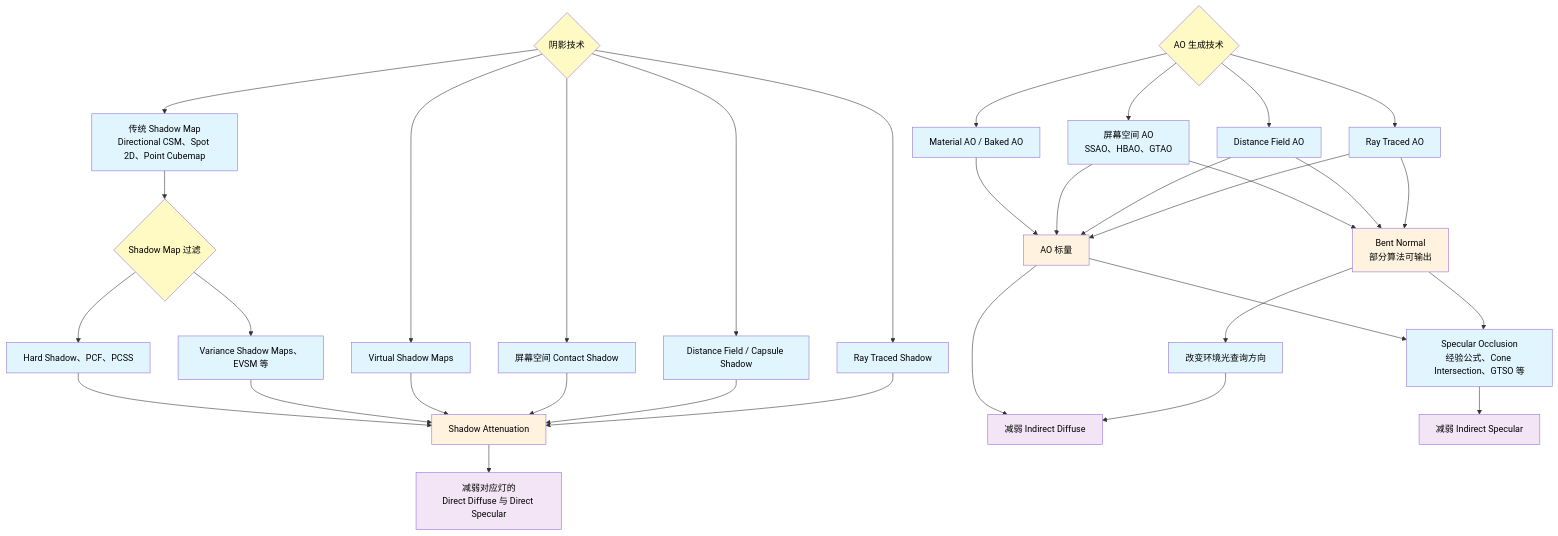
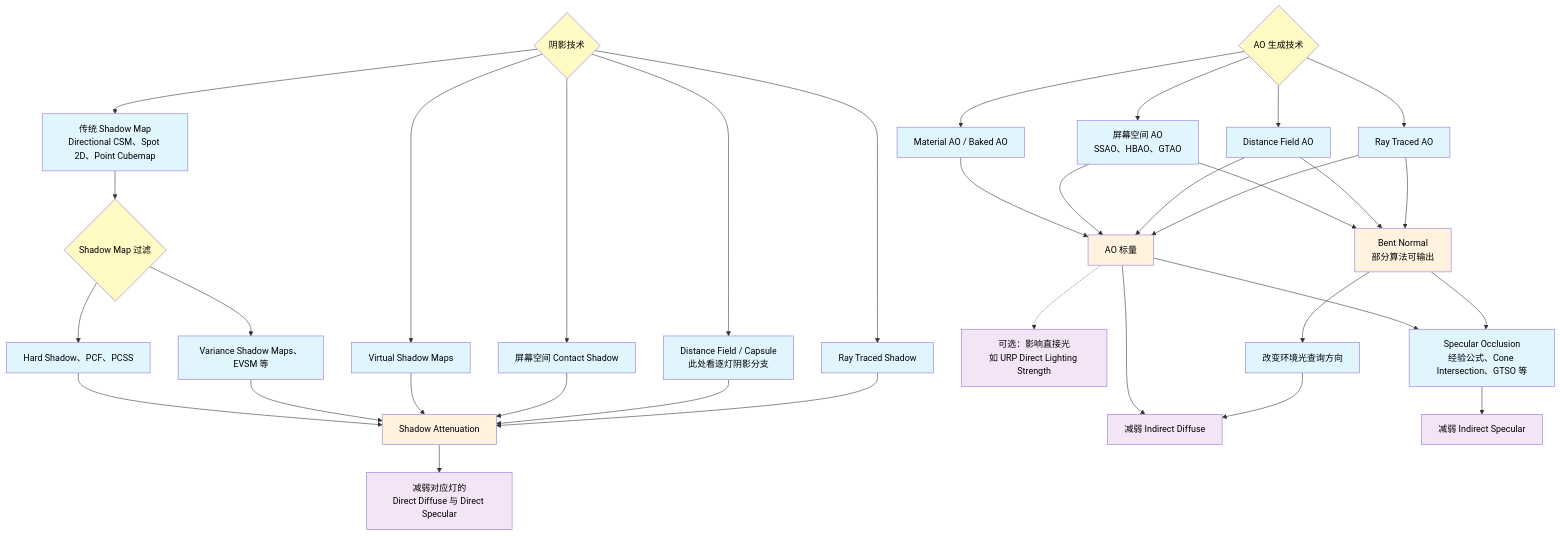
The eighth of 10 diagrams in content/posts/游戏光照统一框架：从光传输方程到实时实现/index.md (mr0ptimist/mr0ptimist.github.io), drawn with Mermaid before and after one commit. The commit also changed other lines of this file and 2 other files, not shown here.

````diff
--- a/content/posts/游戏光照统一框架：从光传输方程到实时实现/index.md
+++ b/content/posts/游戏光照统一框架：从光传输方程到实时实现/index.md
@@ -512,46 +515,47 @@
 ```mermaid
 flowchart TD
     S{"阴影技术"}
     S --> S1["传统 Shadow Map<br/>Directional CSM、Spot 2D、Point Cubemap"]
     S1 --> S2{"Shadow Map 过滤"}
     S2 --> S21["Hard Shadow、PCF、PCSS"]
     S2 --> S22["Variance Shadow Maps、EVSM 等"]
     S --> S3["Virtual Shadow Maps"]
     S --> S4["屏幕空间 Contact Shadow"]
-    S --> S5["Distance Field / Capsule Shadow"]
+    S --> S5["Distance Field / Capsule<br/>此处看逐灯阴影分支"]
     S --> S6["Ray Traced Shadow"]
     S21 --> SA["Shadow Attenuation"]
     S22 --> SA
     S3 --> SA
     S4 --> SA
     S5 --> SA
     S6 --> SA
     SA --> SD["减弱对应灯的<br/>Direct Diffuse 与 Direct Specular"]
 
     A{"AO 生成技术"}
     A --> A1["Material AO / Baked AO"]
     A --> A2["屏幕空间 AO<br/>SSAO、HBAO、GTAO"]
     A --> A3["Distance Field AO"]
     A --> A4["Ray Traced AO"]
     A1 --> AF["AO 标量"]
     A2 --> AF
     A3 --> AF
     A4 --> AF
     A2 --> AB["Bent Normal<br/>部分算法可输出"]
     A3 --> AB
     A4 --> AB
     AF --> AD["减弱 Indirect Diffuse"]
+    AF -.-> AX["可选：影响直接光<br/>如 URP Direct Lighting Strength"]
     AB --> AQ["改变环境光查询方向"]
     AQ --> AD
     AF --> AS["Specular Occlusion<br/>经验公式、Cone Intersection、GTSO 等"]
     AB --> AS
     AS --> AI["减弱 Indirect Specular"]
     classDef io fill:#fff3e0,color:#000
     classDef proc fill:#e1f5fe,color:#000
     classDef dec fill:#fff9c4,color:#000
     classDef result fill:#f3e5f5,color:#000
     class SA,AF,AB io
     class S,S2,A dec
     class S1,S21,S22,S3,S4,S5,S6,A1,A2,A3,A4,AQ,AS proc
-    class SD,AD,AI result
+    class SD,AD,AI,AX result
 ```
````
